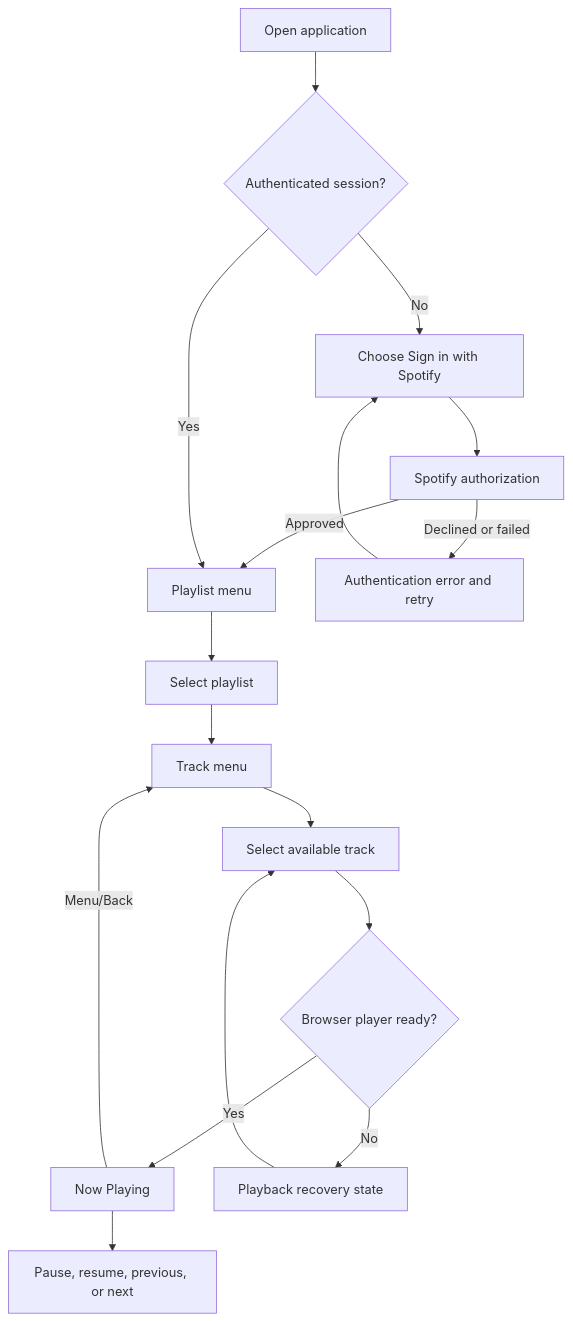
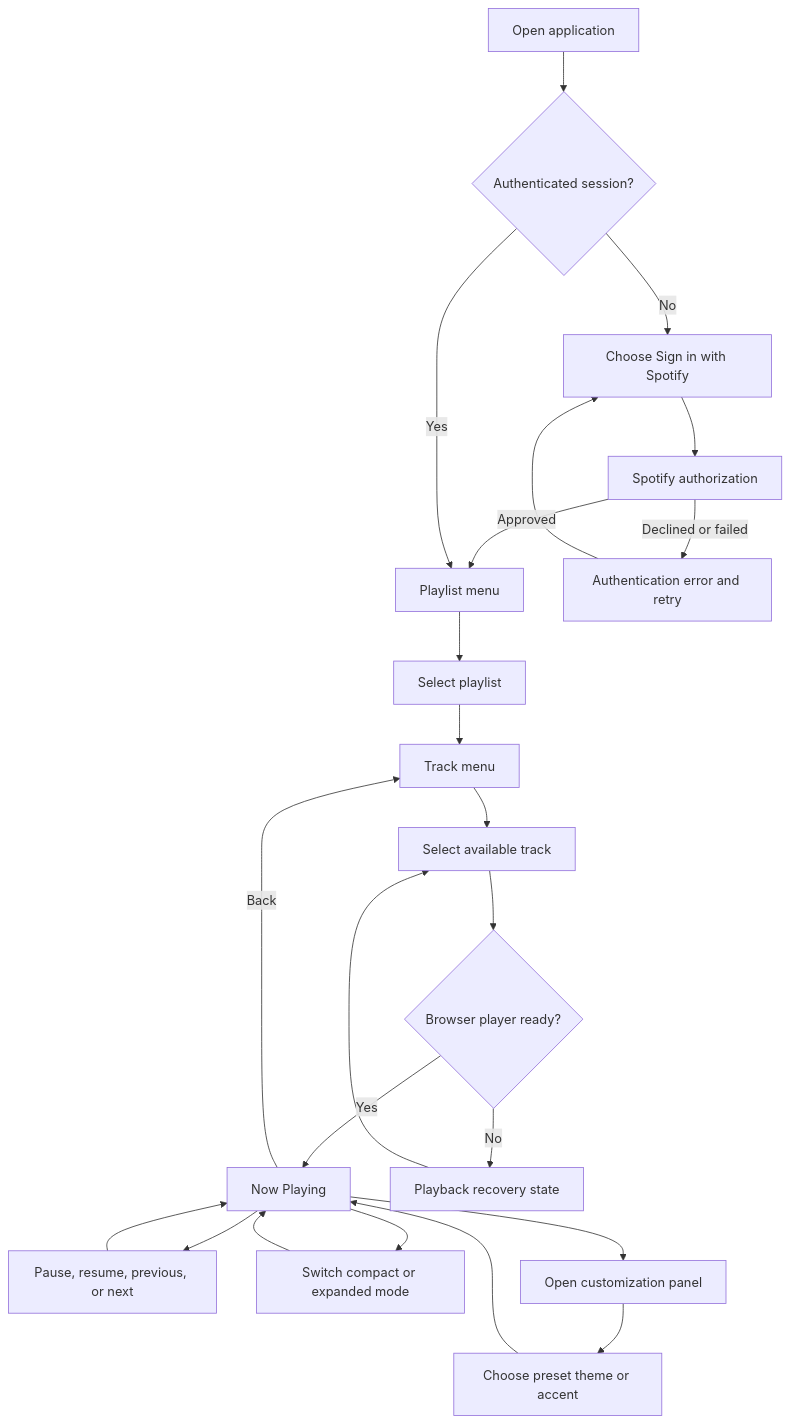
One commit to OfficialMJB/spotify-ipod changed the first of 2 diagrams in docs/planning/mvp.md. Above: the diagram before and after it, drawn with Mermaid. The commit also changed other lines of this file and 40 other files, not shown here.

````diff
--- a/docs/planning/mvp.md
+++ b/docs/planning/mvp.md
@@ -136,19 +157,25 @@
 ```mermaid
 flowchart TD
     A["Open application"] --> B{"Authenticated session?"}
     B -- "No" --> C["Choose Sign in with Spotify"]
     C --> D["Spotify authorization"]
     D -->|"Approved"| E["Playlist menu"]
     D -->|"Declined or failed"| F["Authentication error and retry"]
     F --> C
     B -- "Yes" --> E
     E --> G["Select playlist"]
     G --> H["Track menu"]
     H --> I["Select available track"]
     I --> J{"Browser player ready?"}
     J -- "Yes" --> K["Now Playing"]
     J -- "No" --> L["Playback recovery state"]
     L --> I
     K --> M["Pause, resume, previous, or next"]
-    K -->|"Menu/Back"| H
+    M --> K
+    K --> N["Switch compact or expanded mode"]
+    N --> K
+    K --> O["Open customization panel"]
+    O --> P["Choose preset theme or accent"]
+    P --> K
+    K -->|"Back"| H
 ```
````
